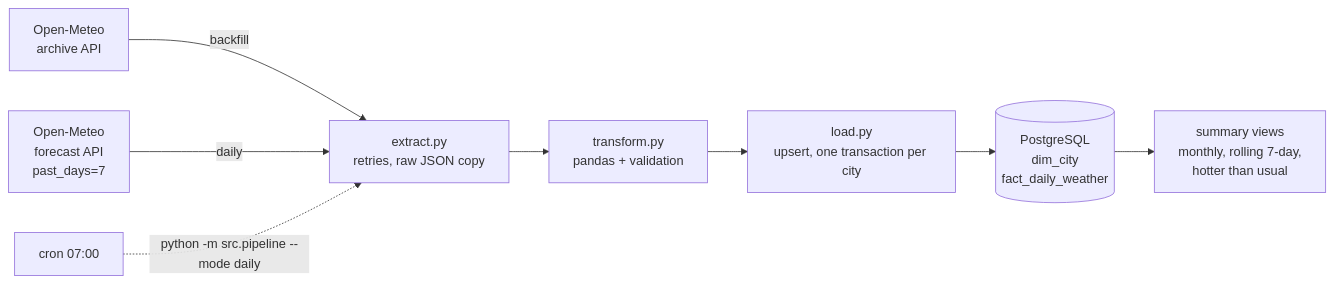
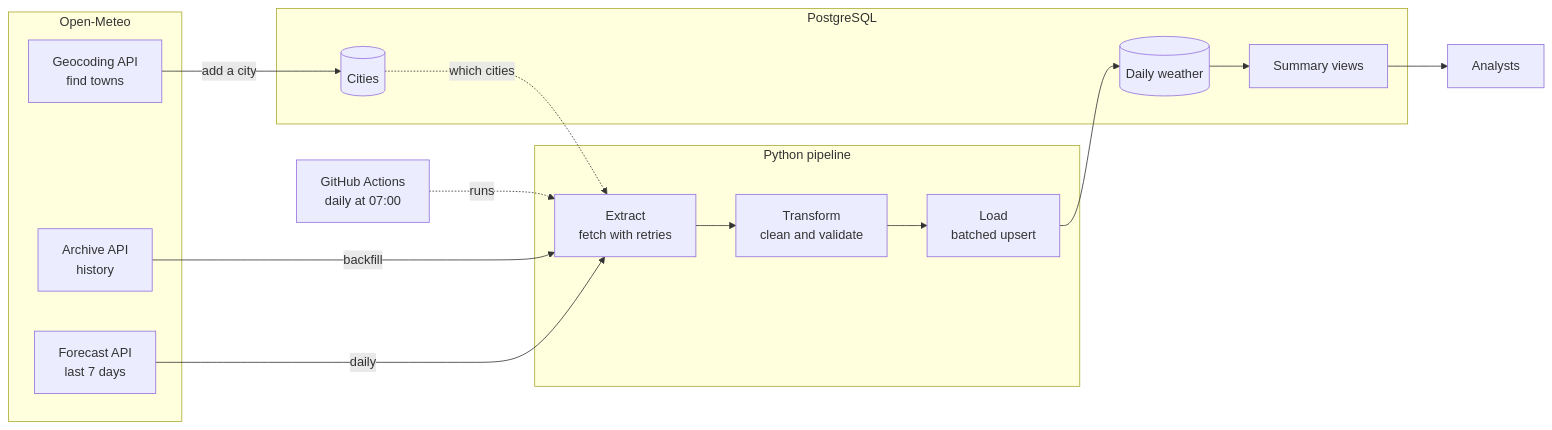
One commit to initysl/weather-pipeline changed the diagram in README.md. Above: the diagram before and after it, drawn with Mermaid. The commit also changed other lines of this file, not shown here.

````diff
--- a/README.md
+++ b/README.md
@@ -17,10 +20,28 @@
 ```mermaid
 flowchart LR
-    A[Open-Meteo<br/>archive API] -->|backfill| E
-    B[Open-Meteo<br/>forecast API<br/>past_days=7] -->|daily| E
-    E[extract.py<br/>retries, raw JSON copy] --> T[transform.py<br/>pandas + validation]
-    T --> L[load.py<br/>upsert, one transaction per city]
-    L --> P[(PostgreSQL<br/>dim_city<br/>fact_daily_weather)]
-    P --> V[summary views<br/>monthly, rolling 7-day,<br/>hotter than usual]
-    C[cron 07:00] -.->|python -m src.pipeline --mode daily| E
+    subgraph SRC["Open-Meteo"]
+        AR["Archive API<br/>history"]
+        FC["Forecast API<br/>last 7 days"]
+        GEO["Geocoding API<br/>find towns"]
+    end
+
+    subgraph PIPE["Python pipeline"]
+        EX["Extract<br/>fetch with retries"]
+        TR["Transform<br/>clean and validate"]
+        LD["Load<br/>batched upsert"]
+    end
+
+    subgraph DB["PostgreSQL"]
+        DC[("Cities")]
+        FD[("Daily weather")]
+        VW["Summary views"]
+    end
+
+    GH["GitHub Actions<br/>daily at 07:00"] -.->|runs| EX
+    AR -->|backfill| EX
+    FC -->|daily| EX
+    EX --> TR --> LD --> FD
+    DC -.->|which cities| EX
+    GEO -->|add a city| DC
+    FD --> VW --> AN["Analysts"]
 ```
````
